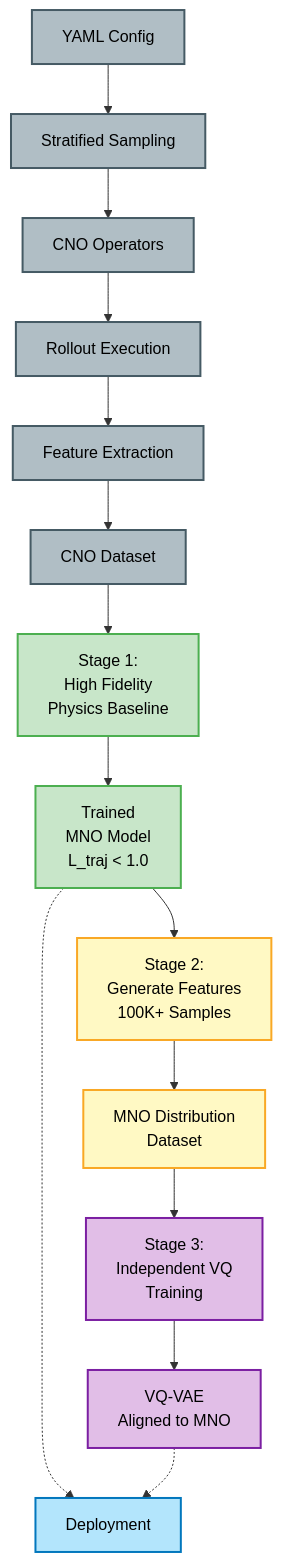
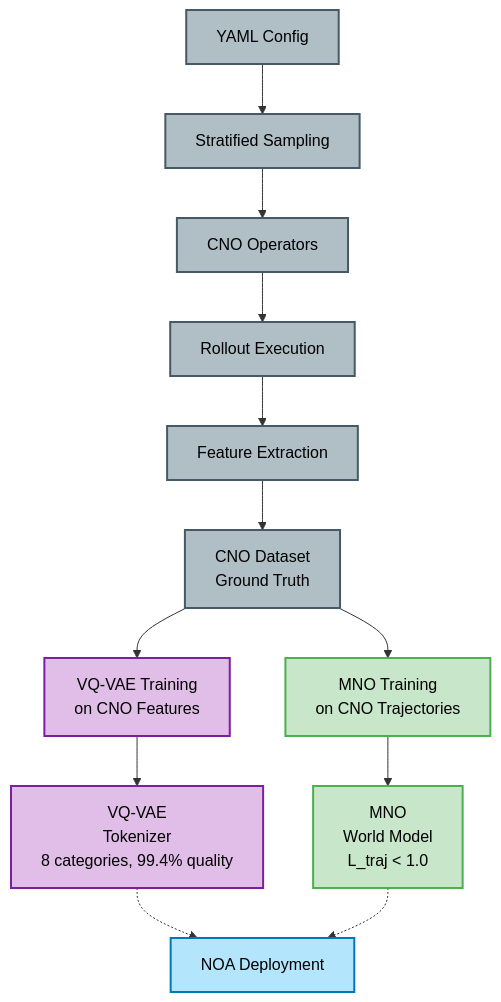
One commit to dgabriele/spinlock changed the diagram in README.md. Above: the diagram before and after it, drawn with Mermaid. The commit also changed other lines of this file and 9 other files, not shown here.

First line of the commit message:
docs: update architecture to CNO-trained components

````diff
--- a/README.md
+++ b/README.md
@@ -207,32 +207,27 @@
 ```mermaid
 flowchart TB
     Config[YAML Config] --> Sampling[Stratified Sampling]
     Sampling --> CNOs[CNO Operators]
     CNOs --> Rollouts[Rollout Execution]
     Rollouts --> Extract[Feature Extraction]
-    Extract --> CNOData[CNO Dataset]
+    Extract --> CNOData[CNO Dataset<br/>Ground Truth]
 
-    CNOData --> Stage1[Stage 1:<br/>High Fidelity<br/>Physics Baseline]
-    Stage1 --> MNOModel[Trained<br/>MNO Model<br/>L_traj < 1.0]
+    CNOData --> VQTrain[VQ-VAE Training<br/>on CNO Features]
+    VQTrain --> VQVAEModel[VQ-VAE<br/>Tokenizer<br/>8 categories, 99.4% quality]
 
-    MNOModel --> Stage2[Stage 2:<br/>Generate Features<br/>100K+ Samples]
-    Stage2 --> MNOFeatures[MNO Distribution<br/>Dataset]
+    CNOData --> MNOTrain[MNO Training<br/>on CNO Trajectories]
+    MNOTrain --> MNOModel[MNO<br/>World Model<br/>L_traj < 1.0]
 
-    MNOFeatures --> Stage3[Stage 3:<br/>Independent VQ<br/>Training]
-    Stage3 --> VQVAEModel[VQ-VAE<br/>Aligned to MNO]
-
-    MNOModel -.-> Deployment[Deployment]
-    VQVAEModel -.-> Deployment
+    VQVAEModel -.-> Deployment[NOA Deployment]
+    MNOModel -.-> Deployment
 
     classDef phase0 fill:#b0bec5,stroke:#455a64,stroke-width:2px,color:#000
-    classDef stage1 fill:#c8e6c9,stroke:#4caf50,stroke-width:2px,color:#000
-    classDef stage2 fill:#fff9c4,stroke:#f9a825,stroke-width:2px,color:#000
-    classDef stage3 fill:#e1bee7,stroke:#7b1fa2,stroke-width:2px,color:#000
+    classDef vqvae fill:#e1bee7,stroke:#7b1fa2,stroke-width:2px,color:#000
+    classDef mno fill:#c8e6c9,stroke:#4caf50,stroke-width:2px,color:#000
     classDef deployment fill:#b3e5fc,stroke:#0277bd,stroke-width:2px,color:#000
 
     class Config,Sampling,CNOs,Rollouts,Extract,CNOData phase0
-    class Stage1,MNOModel stage1
-    class Stage2,MNOFeatures stage2
-    class Stage3,VQVAEModel stage3
+    class VQTrain,VQVAEModel vqvae
+    class MNOTrain,MNOModel mno
     class Deployment deployment
 ```
````
